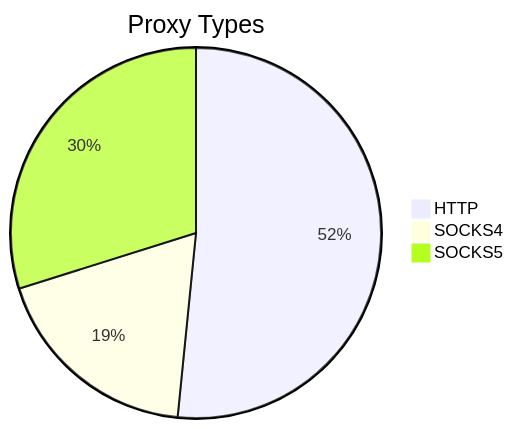
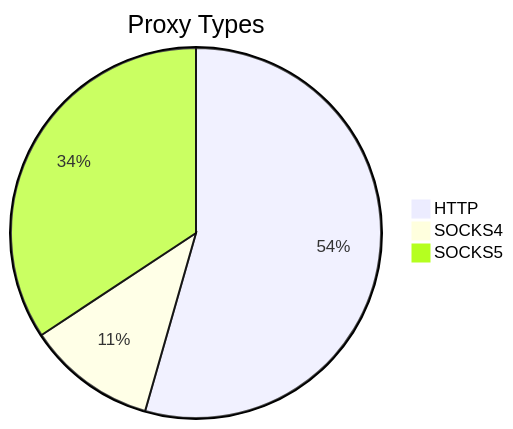
Before and after one commit to stormsia/proxy-list: the first of 2 diagrams in README.md, drawn with Mermaid. The commit also changed other lines of this file, not shown here.

````diff
--- a/README.md
+++ b/README.md
@@ -21,6 +21,6 @@
 ```mermaid
 pie title Proxy Types
-    "HTTP" : 700
-    "SOCKS4" : 252
-    "SOCKS5" : 405
+    "HTTP" : 473
+    "SOCKS4" : 98
+    "SOCKS5" : 298
 ```
````
